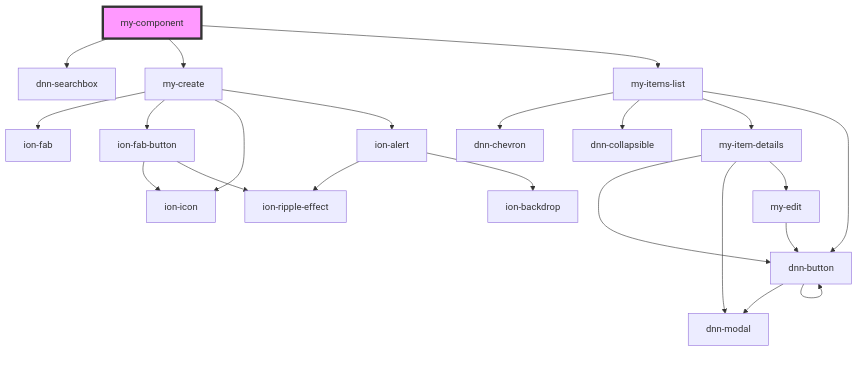
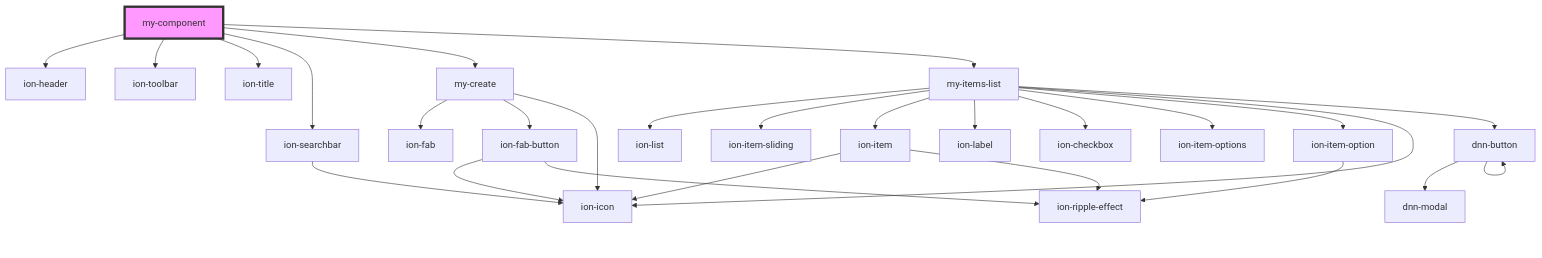
One commit to david-poindexter/DNN.IonicToDo changed the diagram in module.web/src/components/my-component/readme.md. Above: the diagram before and after it, drawn with Mermaid. The commit also changed other lines of this file and 8 other files, not shown here.

````diff
--- a/module.web/src/components/my-component/readme.md
+++ b/module.web/src/components/my-component/readme.md
@@ -62,25 +65,30 @@
 ```mermaid
 graph TD;
-  my-component --> dnn-searchbox
+  my-component --> ion-header
+  my-component --> ion-toolbar
+  my-component --> ion-title
+  my-component --> ion-searchbar
   my-component --> my-create
   my-component --> my-items-list
+  ion-searchbar --> ion-icon
   my-create --> ion-fab
   my-create --> ion-fab-button
   my-create --> ion-icon
-  my-create --> ion-alert
   ion-fab-button --> ion-icon
   ion-fab-button --> ion-ripple-effect
-  ion-alert --> ion-ripple-effect
-  ion-alert --> ion-backdrop
-  my-items-list --> dnn-chevron
-  my-items-list --> dnn-collapsible
-  my-items-list --> my-item-details
+  my-items-list --> ion-list
+  my-items-list --> ion-item-sliding
+  my-items-list --> ion-item
+  my-items-list --> ion-label
+  my-items-list --> ion-checkbox
+  my-items-list --> ion-item-options
+  my-items-list --> ion-item-option
+  my-items-list --> ion-icon
   my-items-list --> dnn-button
-  my-item-details --> dnn-button
-  my-item-details --> dnn-modal
-  my-item-details --> my-edit
+  ion-item --> ion-icon
+  ion-item --> ion-ripple-effect
+  ion-item-option --> ion-ripple-effect
   dnn-button --> dnn-modal
   dnn-button --> dnn-button
-  my-edit --> dnn-button
   style my-component fill:#f9f,stroke:#333,stroke-width:4px
 ```
````
